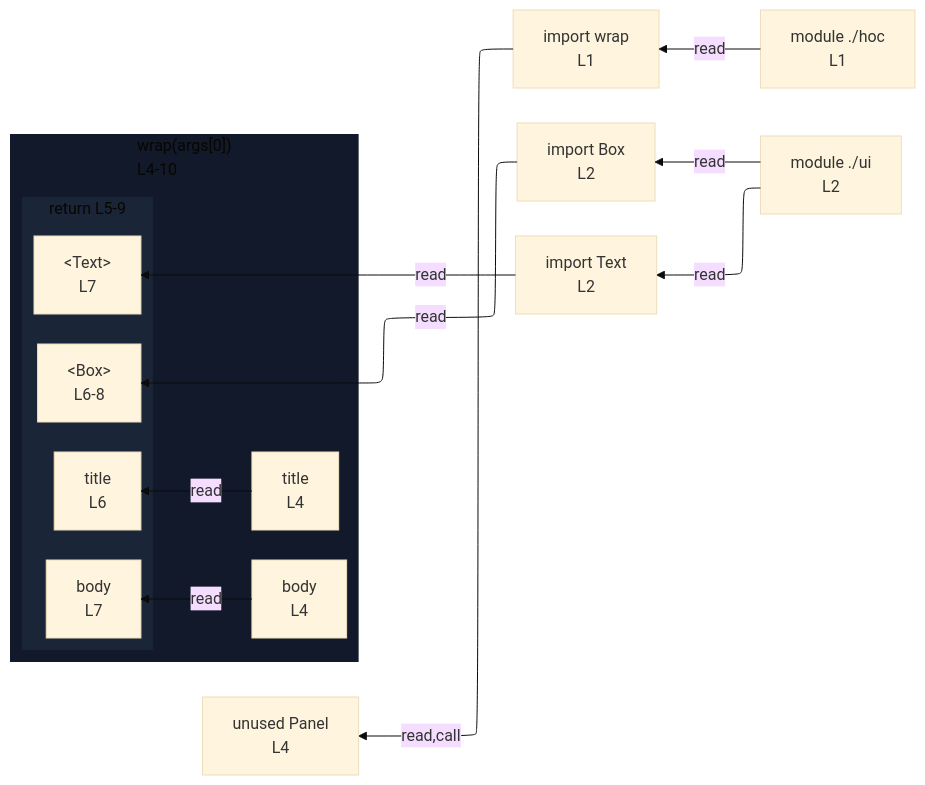
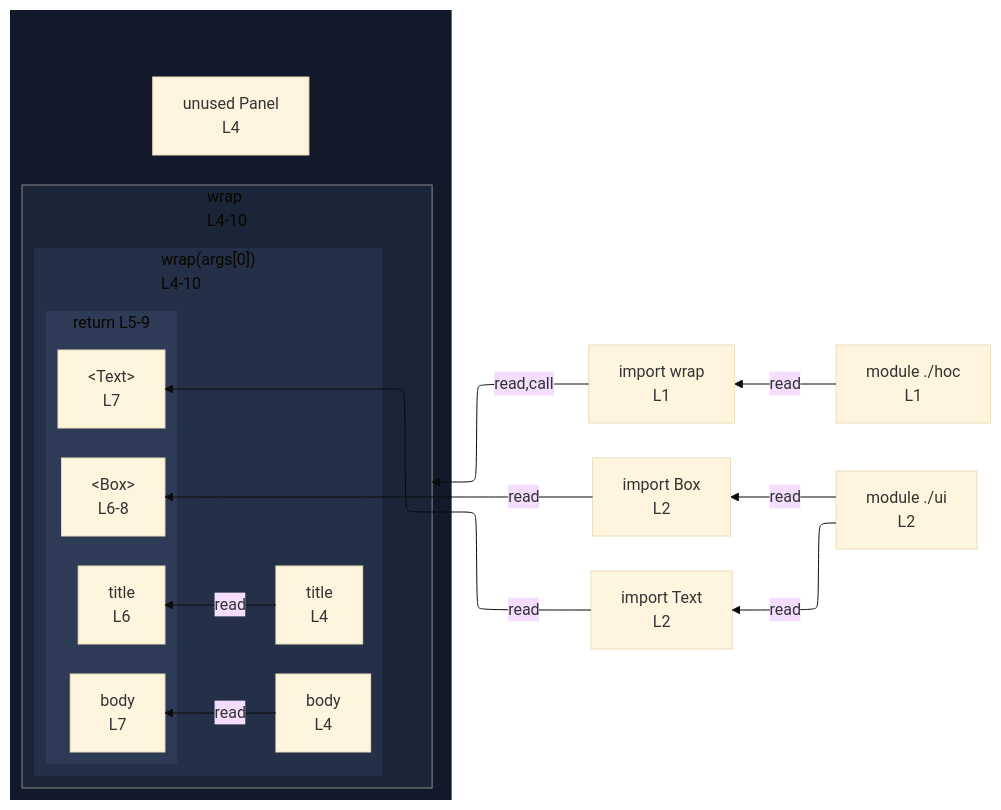
The diagram in integration/fixtures/jsx/call-argument-component/preview.md (crescware/unsnarl), drawn with Mermaid (base theme) before and after one commit. The commit also changed 41 other files, not shown here.

````diff
--- a/integration/fixtures/jsx/call-argument-component/preview.md
+++ b/integration/fixtures/jsx/call-argument-component/preview.md
@@ -20,34 +20,46 @@
 ```mermaid
 %%{init: {"flowchart": {"defaultRenderer": "elk"}}}%%
 flowchart RL
   n_scope_0_wrap_9["import wrap<br/>L1"]
   n_scope_0_Box_39["import Box<br/>L2"]
   n_scope_0_Text_44["import Text<br/>L2"]
-  n_scope_0_Panel_78["unused Panel<br/>L4"]
-  subgraph s_scope_1["wrap(args[0])<br/>L4-10"]
-    direction RL
-    n_scope_1_title_92["title<br/>L4"]
-    n_scope_1_body_107["body<br/>L4"]
-    subgraph s_return_scope_1_128_202["return L5-9"]
+  subgraph wrap_call_proxy_ref_1[" "]
+    direction TB
+    n_scope_0_Panel_78["unused Panel<br/>L4"]
+    subgraph call_proxy_ref_1["wrap<br/>L4-10"]
       direction RL
-      ret_use_ref_2["&lt;Box&gt;<br/>L6-8"]
-      ret_use_ref_3["title<br/>L6"]
-      ret_use_ref_4["&lt;Text&gt;<br/>L7"]
-      ret_use_ref_5["body<br/>L7"]
+      subgraph s_scope_1["wrap(args[0])<br/>L4-10"]
+        direction RL
+        n_scope_1_title_92["title<br/>L4"]
+        n_scope_1_body_107["body<br/>L4"]
+        subgraph s_return_scope_1_128_202["return L5-9"]
+          direction RL
+          ret_use_ref_2["&lt;Box&gt;<br/>L6-8"]
+          ret_use_ref_3["title<br/>L6"]
+          ret_use_ref_4["&lt;Text&gt;<br/>L7"]
+          ret_use_ref_5["body<br/>L7"]
+        end
+      end
     end
   end
-  n_scope_0_wrap_9 -->|read,call| n_scope_0_Panel_78
+  n_scope_0_wrap_9 -->|read,call| call_proxy_ref_1
   n_scope_0_Box_39 -->|read| ret_use_ref_2
   n_scope_1_title_92 -->|read| ret_use_ref_3
   n_scope_0_Text_44 -->|read| ret_use_ref_4
   n_scope_1_body_107 -->|read| ret_use_ref_5
   mod___hoc["module ./hoc<br/>L1"]
   mod___ui["module ./ui<br/>L2"]
   mod___hoc -->|read| n_scope_0_wrap_9
   mod___ui -->|read| n_scope_0_Box_39
   mod___ui -->|read| n_scope_0_Text_44
   classDef nestL1 fill:#11192a,stroke:transparent;
-  class s_scope_1 nestL1;
+  class wrap_call_proxy_ref_1 nestL1;
   classDef nestL2 fill:#1a2538,stroke:transparent;
-  class s_return_scope_1_128_202 nestL2;
+  class call_proxy_ref_1 nestL2;
+  classDef nestL3 fill:#243047,stroke:transparent;
+  class s_scope_1 nestL3;
+  classDef nestL4 fill:#2d3b57,stroke:transparent;
+  class s_return_scope_1_128_202 nestL4;
+  classDef edgeTargetSubgraph stroke:#888;
+  class call_proxy_ref_1 edgeTargetSubgraph;
 ```
````
